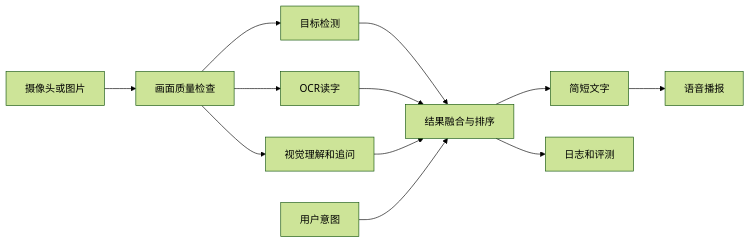
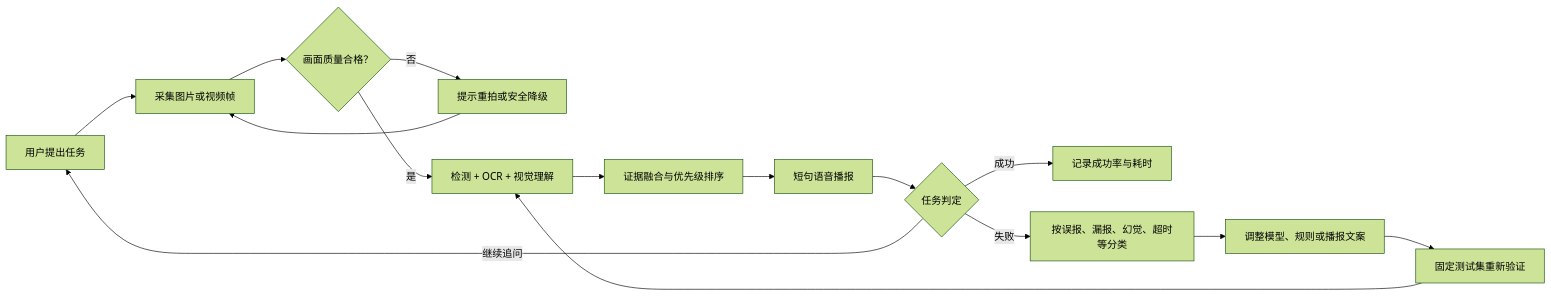
One commit to fly69783/ai-vision-assistant changed the first of 2 diagrams in README.md. Above: the diagram before and after it, drawn with Mermaid (forest theme). The commit also changed other lines of this file, not shown here.

````diff
--- a/README.md
+++ b/README.md
@@ -28,14 +61,17 @@
 ```mermaid
 flowchart LR
-    A["摄像头或图片"] --> B["画面质量检查"]
-    B --> C["目标检测"]
-    B --> D["OCR读字"]
-    B --> E["视觉理解和追问"]
-    C --> F["结果融合与排序"]
-    D --> F
-    E --> F
-    G["用户意图"] --> F
-    F --> H["简短文字"]
-    H --> I["语音播报"]
-    F --> J["日志和评测"]
+    A["用户提出任务"] --> B["采集图片或视频帧"]
+    B --> C{"画面质量合格？"}
+    C -- "否" --> D["提示重拍或安全降级"]
+    D --> B
+    C -- "是" --> E["检测 + OCR + 视觉理解"]
+    E --> F["证据融合与优先级排序"]
+    F --> G["短句语音播报"]
+    G --> H{"任务判定"}
+    H -- "继续追问" --> A
+    H -- "成功" --> I["记录成功率与耗时"]
+    H -- "失败" --> J["按误报、漏报、幻觉、超时等分类"]
+    J --> K["调整模型、规则或播报文案"]
+    K --> L["固定测试集重新验证"]
+    L --> E
 ```
````
